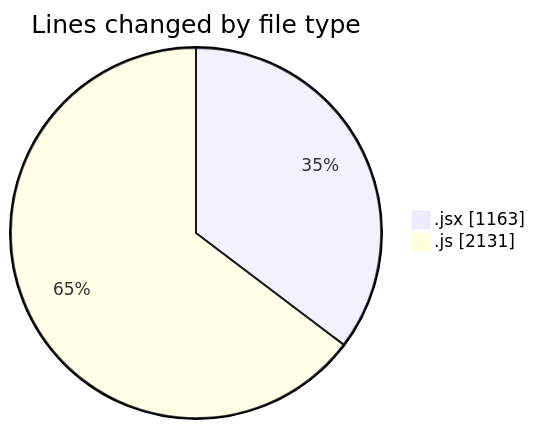
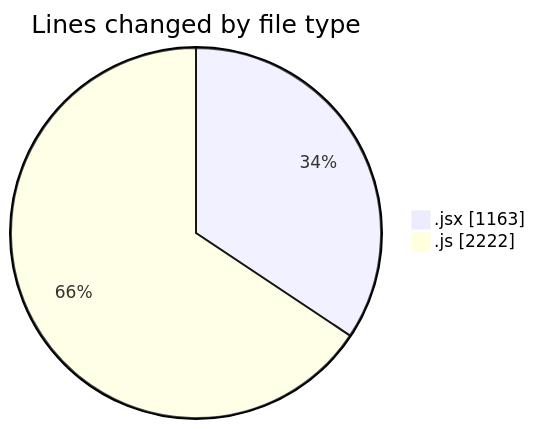
The first of 2 diagrams in 2025-12-08/nxtqube_webapp/README.md (nxtqubesakshisongat/code-tracking), drawn with Mermaid before and after one commit. The commit also changed other lines of this file and 1 other file, not shown here.

````diff
--- a/2025-12-08/nxtqube_webapp/README.md
+++ b/2025-12-08/nxtqube_webapp/README.md
@@ -25,6 +25,6 @@
 ```mermaid
 pie showData
 title Lines changed by file type
 ".jsx" : 1163
-".js" : 2131
+".js" : 2222
 ```
````
